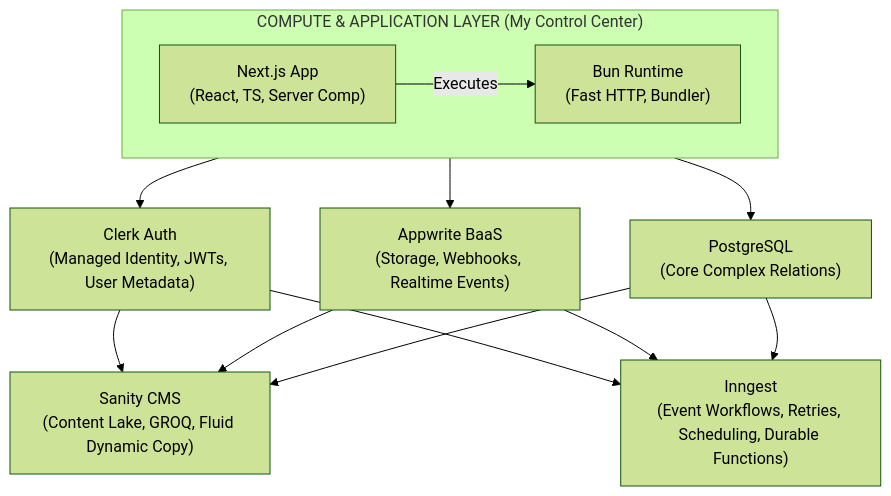
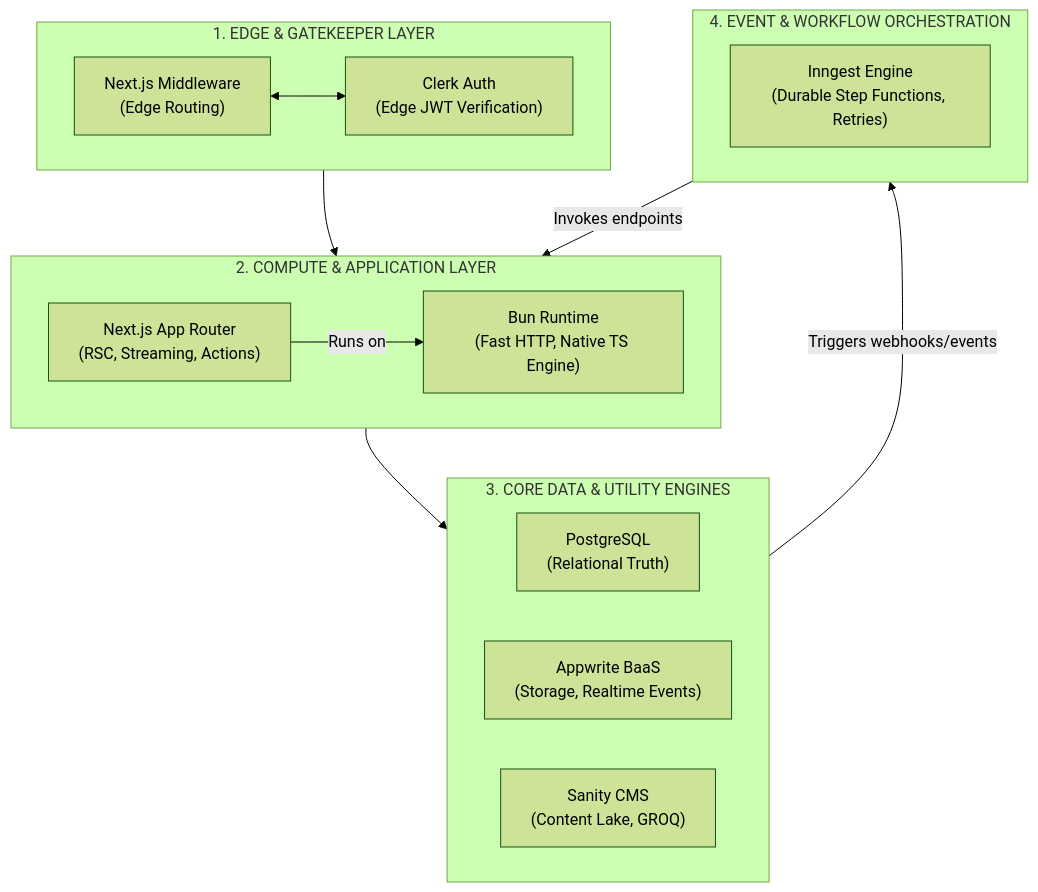
The diagram in My-Tech-Stack.md (seanwhs/Plans), drawn with Mermaid (forest theme) before and after one commit. The commit also changed other lines of this file, not shown here.

````diff
--- a/My-Tech-Stack.md
+++ b/My-Tech-Stack.md
@@ -25,21 +31,26 @@
 ```mermaid
 flowchart TB
+    subgraph EDGE["1. EDGE & GATEKEEPER LAYER"]
+        M["Next.js Middleware<br/>(Edge Routing)"] <--> C["Clerk Auth<br/>(Edge JWT Verification)"]
+    end
 
-subgraph CL["COMPUTE & APPLICATION LAYER (My Control Center)"]
-direction LR
+    subgraph CL["2. COMPUTE & APPLICATION LAYER"]
+        A["Next.js App Router<br/>(RSC, Streaming, Actions)"] -->|"Runs on"| B["Bun Runtime<br/>(Fast HTTP, Native TS Engine)"]
+    end
 
-A["Next.js App<br/>(React, TS, Server Comp)"] -->|"Executes"| B["Bun Runtime<br/>(Fast HTTP, Bundler)"]
-end
+    subgraph DATA["3. CORE DATA & UTILITY ENGINES"]
+        E["PostgreSQL<br/>(Relational Truth)"]
+        D["Appwrite BaaS<br/>(Storage, Realtime Events)"]
+        F["Sanity CMS<br/>(Content Lake, GROQ)"]
+    end
 
-CL --> C["Clerk Auth<br/>(Managed Identity, JWTs, User Metadata)"]
-CL --> D["Appwrite BaaS<br/>(Storage, Webhooks, Realtime Events)"]
-CL --> E["PostgreSQL<br/>(Core Complex Relations)"]
+    subgraph ORCH["4. EVENT & WORKFLOW ORCHESTRATION"]
+        G["Inngest Engine<br/>(Durable Step Functions, Retries)"]
+    end
 
-C --> F["Sanity CMS<br/>(Content Lake, GROQ, Fluid Dynamic Copy)"]
-D --> F
-E --> F
+    EDGE --> CL
+    CL --> DATA
+    DATA -->|"Triggers webhooks/events"| ORCH
+    ORCH -->|"Invokes endpoints"| CL
 
-C --> G["Inngest<br/>(Event Workflows, Retries, Scheduling, Durable Functions)"]
-D --> G
-E --> G
 ```
````
